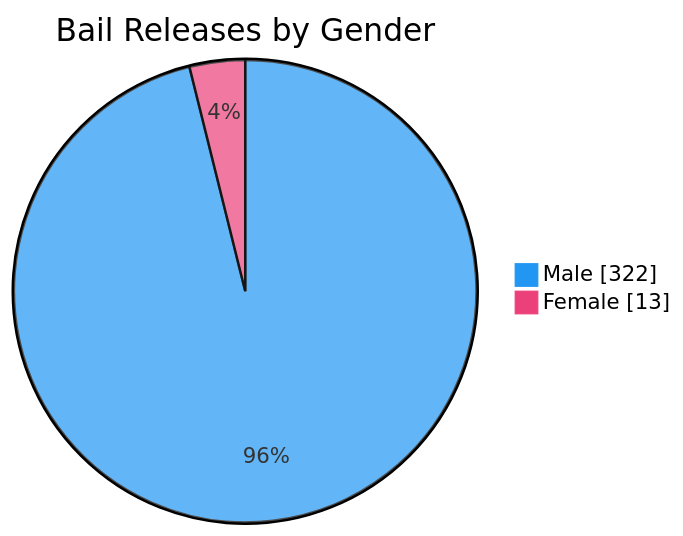
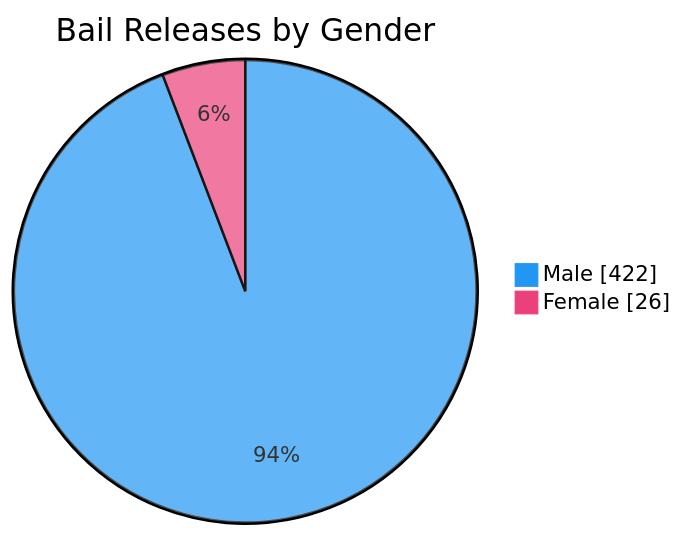
One commit to nuuuwan/lk_prisons changed the seventh of 7 diagrams in README.md. Above: the diagram before and after it, drawn with Mermaid. The commit also changed other lines of this file and 1 other file, not shown here.

````diff
--- a/README.md
+++ b/README.md
@@ -109,6 +109,6 @@
 ```mermaid
 %%{init: {'themeVariables': {'pie1': '#2196F3', 'pie2': '#EC407A'}}}%%
 pie showData title Bail Releases by Gender
-    "Male" : 322
-    "Female" : 13
+    "Male" : 422
+    "Female" : 26
 ```
````
